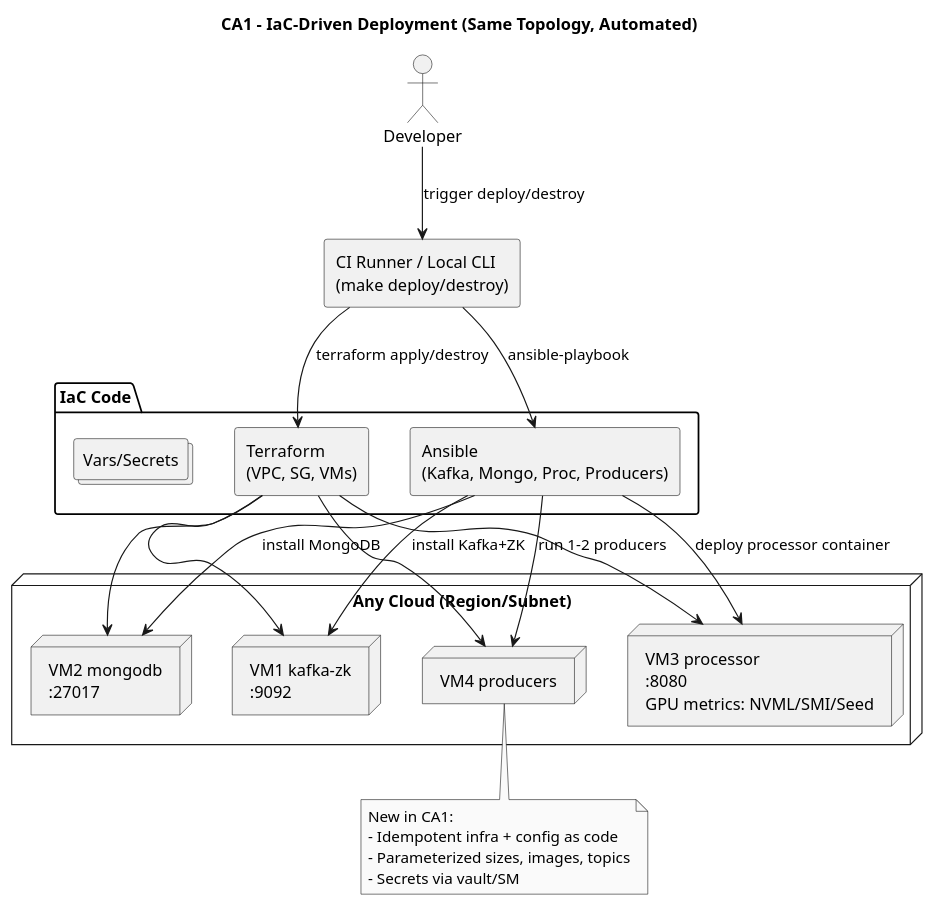
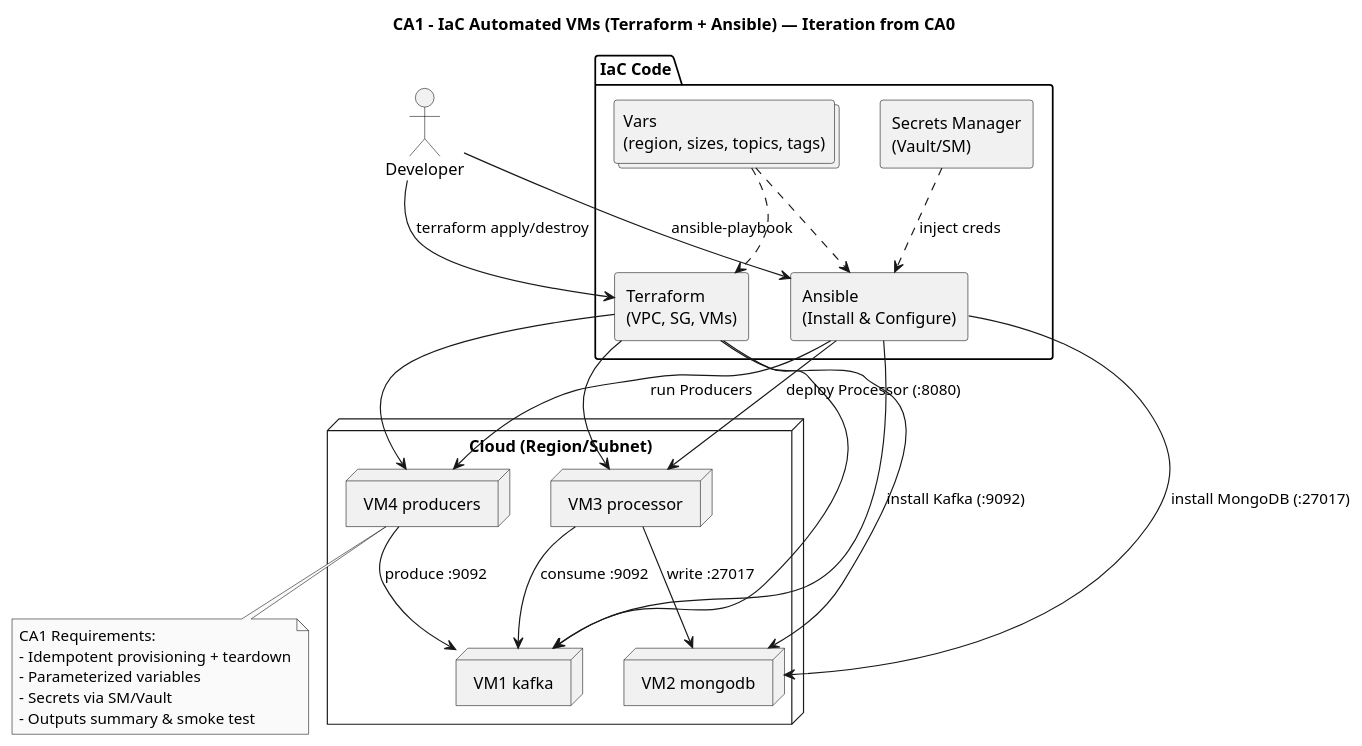
Before and after one commit to brobro10000/gpu-token-analytics-pipeline: the diagram in CA1/architecture.md, drawn with PlantUML. The commit also changed other lines of this file and 7 other files, not shown here.

Commit message:
Update CA1-CA4 architecture diagrams and conversation summaries per CS5287 requirements

````diff
--- a/CA1/architecture.md
+++ b/CA1/architecture.md
@@ -7,46 +8,53 @@
 ```plantuml
 @startuml
-title CA1 - IaC-Driven Deployment (Same Topology, Automated)
+title CA1 - IaC Automated VMs (Terraform + Ansible) — Iteration from CA0
 
 skinparam shadowing false
 skinparam monochrome true
 skinparam componentStyle rectangle
 
 actor "Developer" as Dev
-component "CI Runner / Local CLI\n(make deploy/destroy)" as CI
-
 package "IaC Code" {
   component "Terraform\n(VPC, SG, VMs)" as TF
-  component "Ansible\n(Kafka, Mongo, Proc, Producers)" as ANS
-  collections "Vars/Secrets" as VARS
+  component "Ansible\n(Install & Configure)" as ANS
+  component "Secrets Manager\n(Vault/SM)" as SM
+  collections "Vars\n(region, sizes, topics, tags)" as VARS
 }
 
-node "Any Cloud (Region/Subnet)" {
-  node "VM1 kafka-zk\n:9092" as VM1
-  node "VM2 mongodb\n:27017" as VM2
-  node "VM3 processor\n:8080\nGPU metrics: NVML/SMI/Seed" as VM3
+node "Cloud (Region/Subnet)" {
+  node "VM1 kafka" as VM1
+  node "VM2 mongodb" as VM2
+  node "VM3 processor" as VM3
   node "VM4 producers" as VM4
 }
 
-Dev --> CI : trigger deploy/destroy
-CI --> TF : terraform apply/destroy
+Dev --> TF : terraform apply/destroy
 TF --> VM1
 TF --> VM2
 TF --> VM3
 TF --> VM4
 
-CI --> ANS : ansible-playbook
-ANS --> VM1 : install Kafka+ZK
-ANS --> VM2 : install MongoDB
-ANS --> VM3 : deploy processor container
-ANS --> VM4 : run 1–2 producers
+Dev --> ANS : ansible-playbook
+ANS --> VM1 : install Kafka (:9092)
+ANS --> VM2 : install MongoDB (:27017)
+ANS --> VM3 : deploy Processor (:8080)
+ANS --> VM4 : run Producers
+
+SM ..> ANS : inject creds
+VARS ..> TF
+VARS ..> ANS
+
+VM4 --> VM1 : produce :9092
+VM3 --> VM1 : consume :9092
+VM3 --> VM2 : write :27017
 
 note bottom
-New in CA1:
-- Idempotent infra + config as code
-- Parameterized sizes, images, topics
-- Secrets via vault/SM
+CA1 Requirements:
+- Idempotent provisioning + teardown
+- Parameterized variables
+- Secrets via SM/Vault
+- Outputs summary & smoke test
 end note
 
 @enduml
 ```
````
